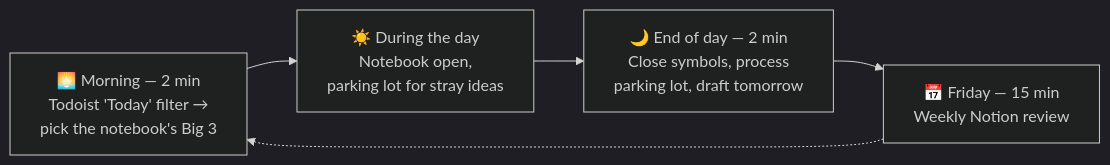
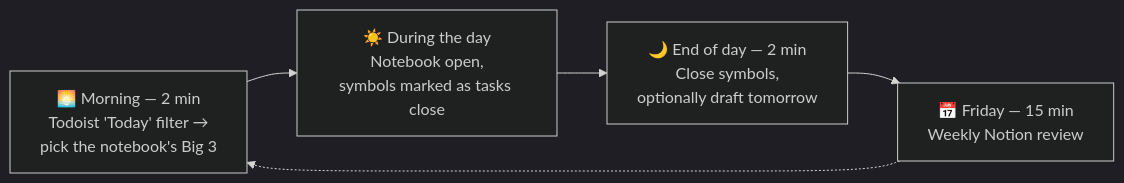
One commit to dcop7/tips_and_guides changed the seventh of 7 diagrams in workflow/personal_productivity_system.md. Above: the diagram before and after it, drawn with Mermaid (dark theme). The commit also changed other lines of this file, not shown here.

````diff
--- a/workflow/personal_productivity_system.md
+++ b/workflow/personal_productivity_system.md
@@ -396,5 +421,5 @@
 ```mermaid
 flowchart LR
-    M["🌅 Morning — 2 min<br/>Todoist 'Today' filter →<br/>pick the notebook's Big 3"] --> D["☀️ During the day<br/>Notebook open,<br/>parking lot for stray ideas"] --> E["🌙 End of day — 2 min<br/>Close symbols, process<br/>parking lot, draft tomorrow"] --> F["📅 Friday — 15 min<br/>Weekly Notion review"]
+    M["🌅 Morning — 2 min<br/>Todoist 'Today' filter →<br/>pick the notebook's Big 3"] --> D["☀️ During the day<br/>Notebook open,<br/>symbols marked as tasks close"] --> E["🌙 End of day — 2 min<br/>Close symbols,<br/>optionally draft tomorrow"] --> F["📅 Friday — 15 min<br/>Weekly Notion review"]
     F -.-> M
 ```
````
